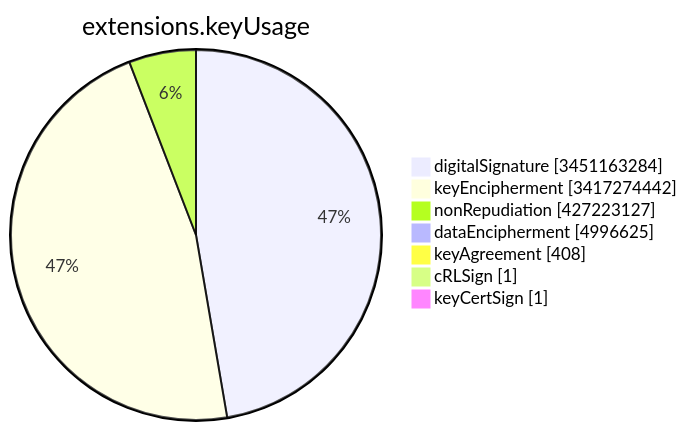
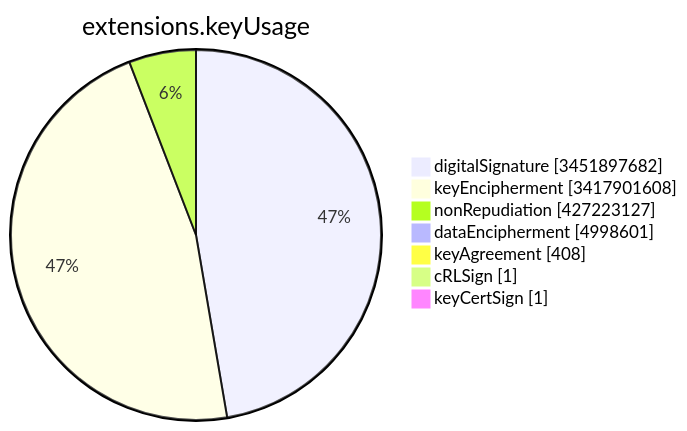
Before and after one commit to christiankrug/ctmonitor_visualization: the sixth of 15 diagrams in TOTAL/README.md, drawn with Mermaid. The commit also changed other lines of this file, not shown here.

````diff
--- a/TOTAL/README.md
+++ b/TOTAL/README.md
@@ -3082,11 +3082,11 @@
 ```mermaid
 pie showData
 title extensions.keyUsage
-"digitalSignature" :3451163284
-"keyEncipherment" :3417274442
+"digitalSignature" :3451897682
+"keyEncipherment" :3417901608
 "nonRepudiation" :427223127
-"dataEncipherment" :4996625
+"dataEncipherment" :4998601
 "keyAgreement" :408
 "cRLSign" :1
 "keyCertSign" :1
 ```
````
